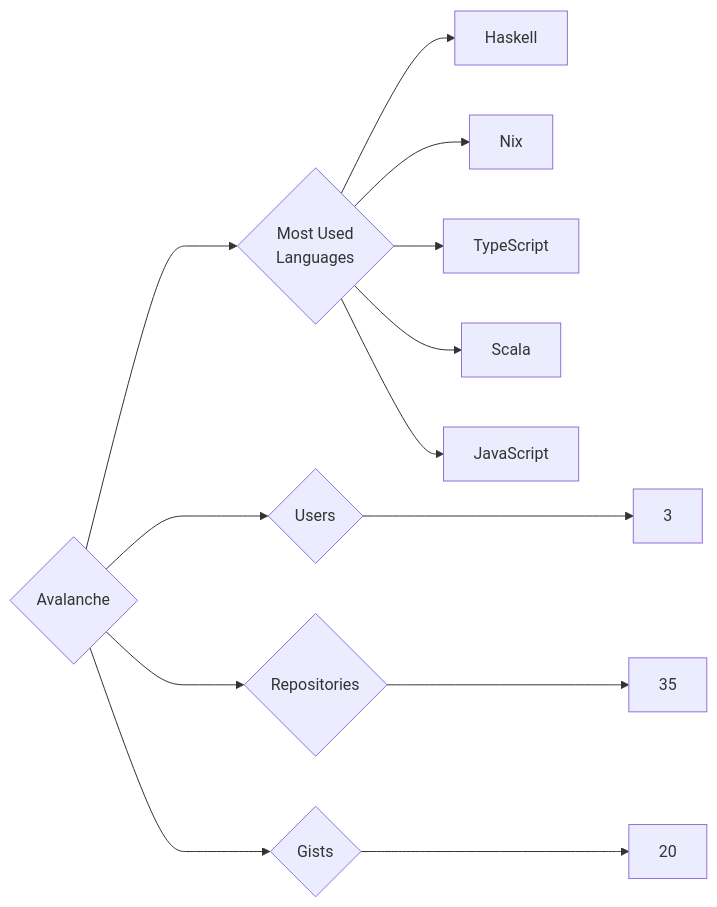
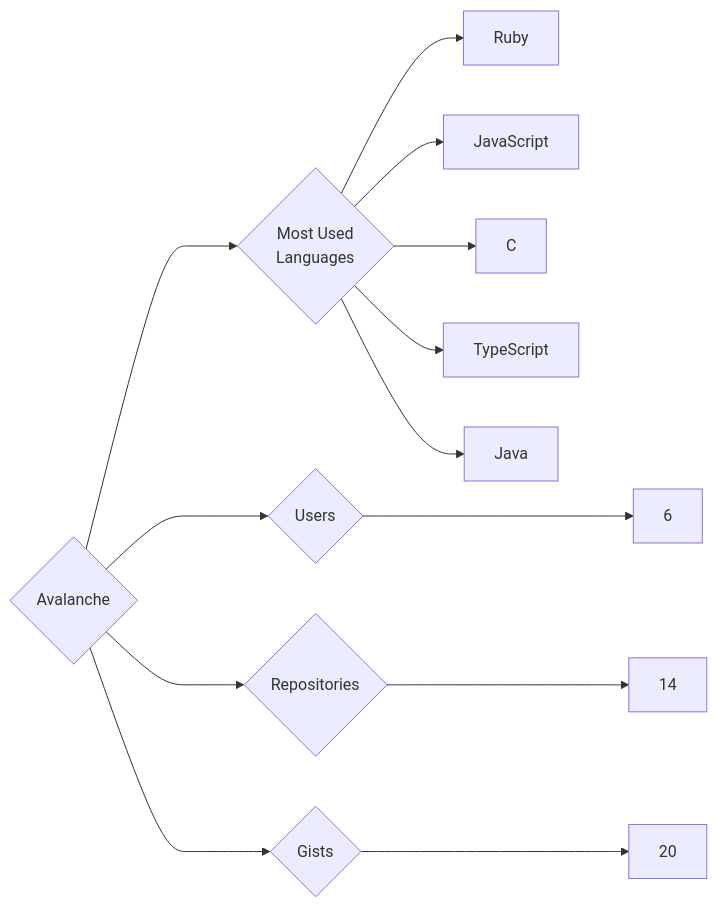
The diagram in targets/Avalanche/README.md (trickest/insiders), drawn with Mermaid before and after one commit. The commit also changed 1175 other files, not shown here.

````diff
--- a/targets/Avalanche/README.md
+++ b/targets/Avalanche/README.md
@@ -3,13 +3,13 @@
 ```mermaid
 graph LR
 COMPANY_NAME{Avalanche}
-COMPANY_NAME ---> U{Users} ---> UN[3]
-COMPANY_NAME ---> R{Repositories} ---> RN[35]
+COMPANY_NAME ---> U{Users} ---> UN[6]
+COMPANY_NAME ---> R{Repositories} ---> RN[14]
 COMPANY_NAME ---> G{Gists} ---> GN[20]
 COMPANY_NAME ---> ML{Most Used<br>Languages}
-ML --> Haskell[Haskell]
-ML --> Nix[Nix]
+ML --> Ruby[Ruby]
+ML --> JavaScript[JavaScript]
+ML --> C[C]
 ML --> TypeScript[TypeScript]
-ML --> Scala[Scala]
-ML --> JavaScript[JavaScript]
+ML --> Java[Java]
 ```
````
